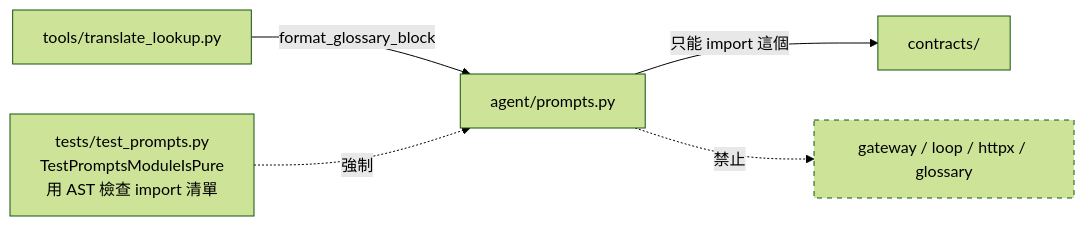
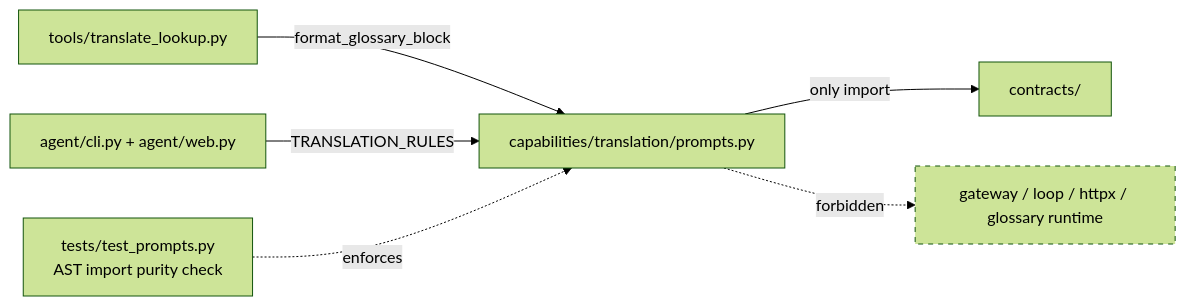
One commit to xian-ai-1057/mcp_agent changed the fourth of 12 diagrams in docs/architecture.md. Above: the diagram before and after it, drawn with Mermaid (forest theme). The commit also changed other lines of this file and 15 other files, not shown here.

Commit message:
fix glossary conflicts and refresh architecture docs

````diff
--- a/docs/architecture.md
+++ b/docs/architecture.md
@@ -130,10 +180,11 @@
 ```mermaid
 flowchart LR
-    TL["tools/translate_lookup.py"] -->|format_glossary_block| P["agent/prompts.py"]
-    P -->|只能 import 這個| C["contracts/"]
-    P -.->|禁止| X["gateway / loop / httpx / glossary"]
+    TL["tools/translate_lookup.py"] -->|"format_glossary_block"| P["capabilities/translation/prompts.py"]
+    ADAPTER["agent/cli.py + agent/web.py"] -->|"TRANSLATION_RULES"| P
+    P -->|"only import"| C["contracts/"]
+    P -.->|"forbidden"| X["gateway / loop / httpx / glossary runtime"]
 
-    AST["tests/test_prompts.py<br/>TestPromptsModuleIsPure<br/>用 AST 檢查 import 清單"] -.->|強制| P
+    AST["tests/test_prompts.py<br/>AST import purity check"] -.->|"enforces"| P
 
     style X stroke-dasharray: 5 5
 ```
````
